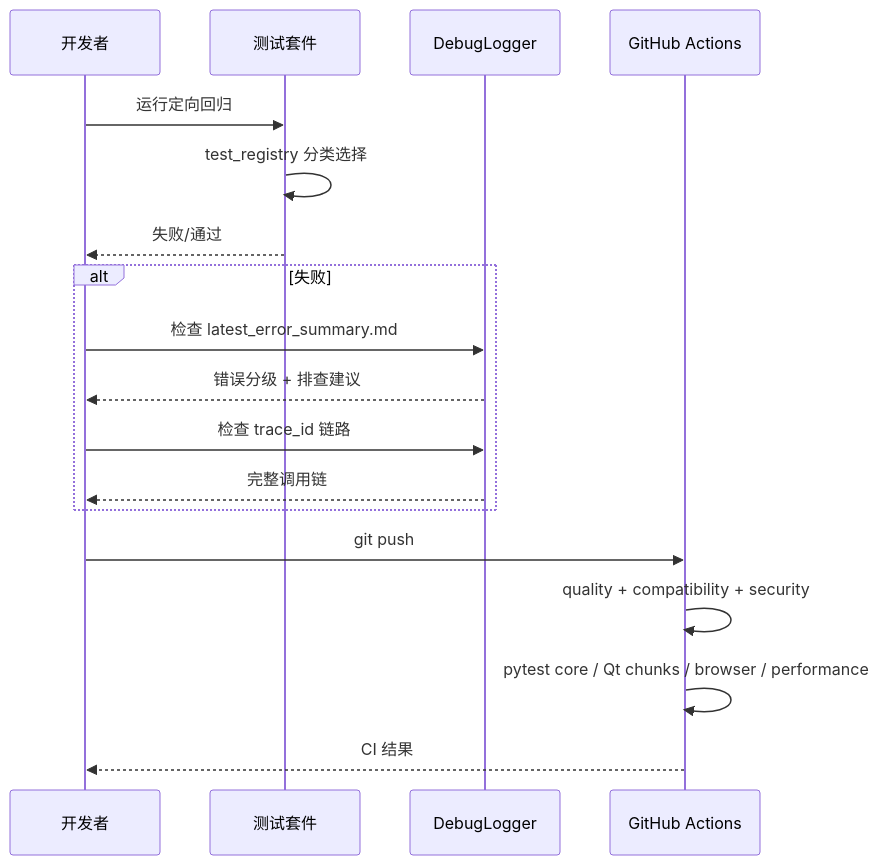
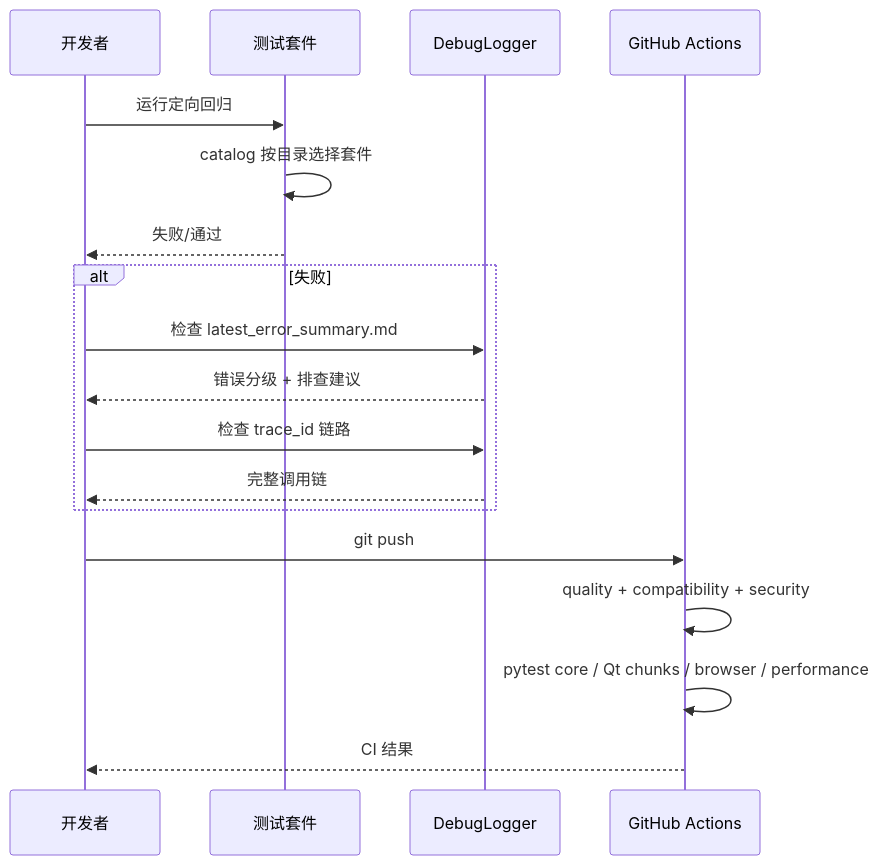
Before and after one commit to haohaizi554/UniversalCrawler: the sixth of 6 diagrams in mermaid/09-testing-and-quality.md, drawn with Mermaid. The commit also changed other lines of this file and 274 other files, not shown here.

````diff
--- a/mermaid/09-testing-and-quality.md
+++ b/mermaid/09-testing-and-quality.md
@@ -191,23 +156,23 @@
 ```mermaid
 sequenceDiagram
     participant Dev as 开发者
     participant Test as 测试套件
     participant Diag as DebugLogger
     participant CI as GitHub Actions
 
     Dev->>Test: 运行定向回归
-    Test->>Test: test_registry 分类选择
+    Test->>Test: catalog 按目录选择套件
     Test-->>Dev: 失败/通过
     
     alt 失败
         Dev->>Diag: 检查 latest_error_summary.md
         Diag-->>Dev: 错误分级 + 排查建议
         Dev->>Diag: 检查 trace_id 链路
         Diag-->>Dev: 完整调用链
     end
     
     Dev->>CI: git push
     CI->>CI: quality + compatibility + security
     CI->>CI: pytest core / Qt chunks / browser / performance
     CI-->>Dev: CI 结果
 ```
````
